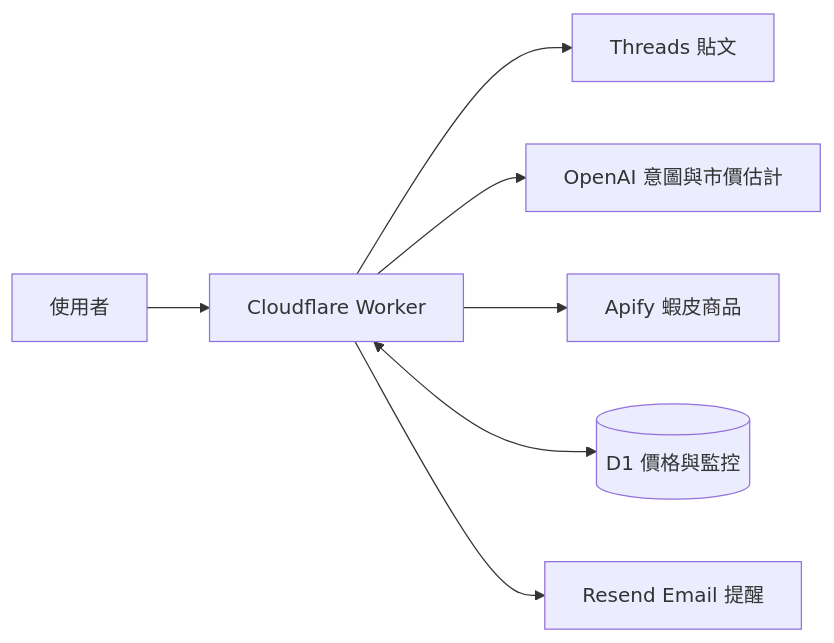
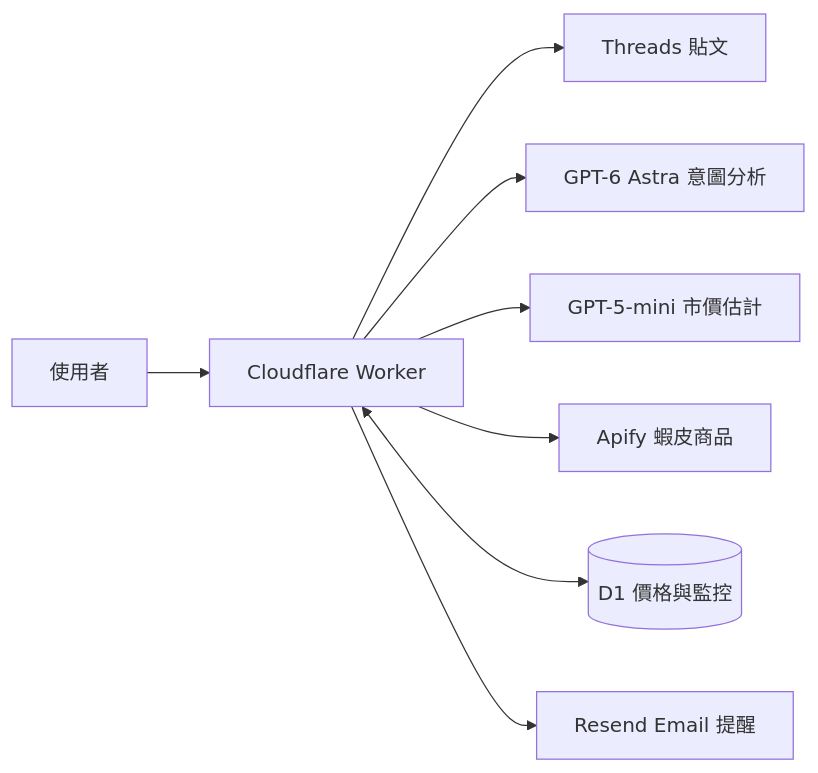
One commit to SnapeeTeam/snapee changed the diagram in README.md. Above: the diagram before and after it, drawn with Mermaid. The commit also changed other lines of this file, not shown here.

````diff
--- a/README.md
+++ b/README.md
@@ -79,9 +79,10 @@
 ```mermaid
 flowchart LR
   U[使用者] --> W[Cloudflare Worker]
   W --> T[Threads 貼文]
-  W --> O[OpenAI 意圖與市價估計]
+  W --> O1[GPT-6 Astra 意圖分析]
+  W --> O2[GPT-5-mini 市價估計]
   W --> A[Apify 蝦皮商品]
   W <--> D[(D1 價格與監控)]
   W --> R[Resend Email 提醒]
 ```
````
